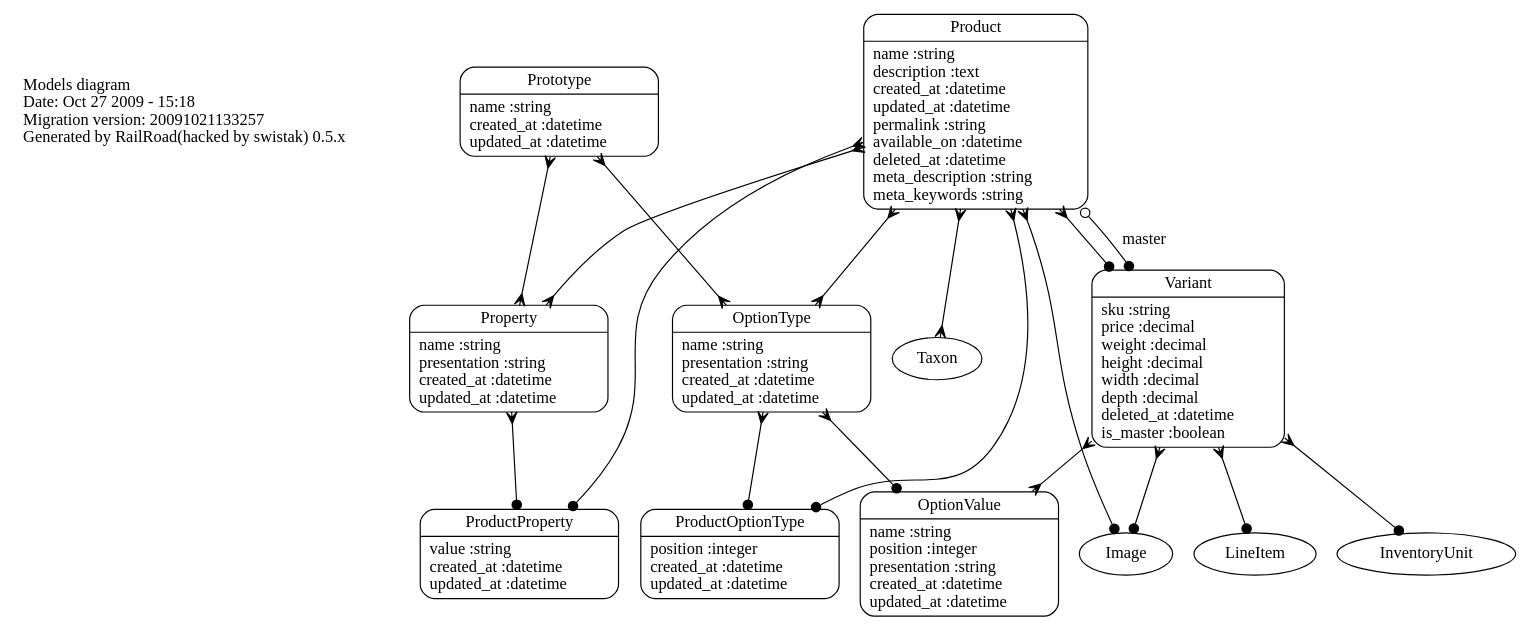
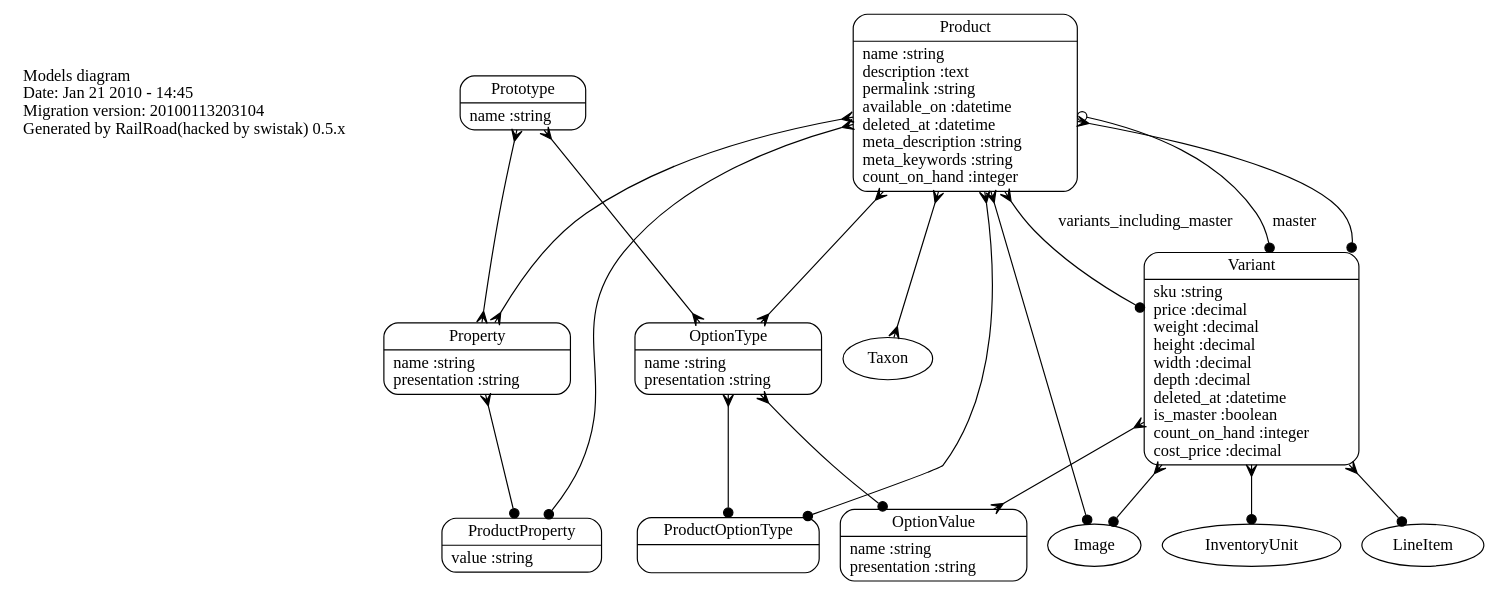
The diagram in files/diagrams/dot/product_options.dot (railsdog/spree-guides), drawn with Graphviz before and after one commit. The commit also changed 16 other files, not shown here.

```diff
--- a/files/diagrams/dot/product_options.dot
+++ b/files/diagrams/dot/product_options.dot
@@ -1,29 +1,30 @@
 digraph models_diagram {
 	graph[overlap=false, splines=true]
-	_diagram_info [shape="plaintext", label="Models diagram\lDate: Oct 27 2009 - 15:18\lMigration version: 20091021133257\lGenerated by RailRoad(hacked by swistak) 0.5.x\l", fontsize=14]
-	"Product" [shape=Mrecord, label="{Product|name :string\ldescription :text\lcreated_at :datetime\lupdated_at :datetime\lpermalink :string\lavailable_on :datetime\ldeleted_at :datetime\lmeta_description :string\lmeta_keywords :string\l}"]
-	"Variant" [shape=Mrecord, label="{Variant|sku :string\lprice :decimal\lweight :decimal\lheight :decimal\lwidth :decimal\ldepth :decimal\ldeleted_at :datetime\lis_master :boolean\l}"]
-	"Prototype" [shape=Mrecord, label="{Prototype|name :string\lcreated_at :datetime\lupdated_at :datetime\l}"]
-	"ProductProperty" [shape=Mrecord, label="{ProductProperty|value :string\lcreated_at :datetime\lupdated_at :datetime\l}"]
-	"Property" [shape=Mrecord, label="{Property|name :string\lpresentation :string\lcreated_at :datetime\lupdated_at :datetime\l}"]
-	"ProductOptionType" [shape=Mrecord, label="{ProductOptionType|position :integer\lcreated_at :datetime\lupdated_at :datetime\l}"]
-	"OptionType" [shape=Mrecord, label="{OptionType|name :string\lpresentation :string\lcreated_at :datetime\lupdated_at :datetime\l}"]
-	"OptionValue" [shape=Mrecord, label="{OptionValue|name :string\lposition :integer\lpresentation :string\lcreated_at :datetime\lupdated_at :datetime\l}"]
+	_diagram_info [shape="plaintext", label="Models diagram\lDate: Jan 21 2010 - 14:45\lMigration version: 20100113203104\lGenerated by RailRoad(hacked by swistak) 0.5.x\l", fontsize=14]
+	"Product" [shape=Mrecord, label="{Product|name :string\ldescription :text\lpermalink :string\lavailable_on :datetime\ldeleted_at :datetime\lmeta_description :string\lmeta_keywords :string\lcount_on_hand :integer\l}"]
+	"Variant" [shape=Mrecord, label="{Variant|sku :string\lprice :decimal\lweight :decimal\lheight :decimal\lwidth :decimal\ldepth :decimal\ldeleted_at :datetime\lis_master :boolean\lcount_on_hand :integer\lcost_price :decimal\l}"]
+	"Prototype" [shape=Mrecord, label="{Prototype|name :string\l}"]
+	"ProductProperty" [shape=Mrecord, label="{ProductProperty|value :string\l}"]
+	"Property" [shape=Mrecord, label="{Property|name :string\lpresentation :string\l}"]
+	"ProductOptionType" [shape=Mrecord, label="{ProductOptionType|\l}"]
+	"OptionType" [shape=Mrecord, label="{OptionType|name :string\lpresentation :string\l}"]
+	"OptionValue" [shape=Mrecord, label="{OptionValue|name :string\lpresentation :string\l}"]
+	"Product" -> "OptionType" [arrowtail=crow, arrowhead=crow, dir=both]
 	"Product" -> "Variant" [arrowtail=crow, arrowhead=dot, dir=both]
-	"Product" -> "OptionType" [arrowtail=crow, arrowhead=crow, dir=both]
-	"Product" -> "ProductOptionType" [arrowtail=crow, arrowhead=dot, dir=both]
-	"Product" -> "Taxon" [arrowtail=crow, arrowhead=crow, dir=both]
+	"Product" -> "Variant" [label="variants_including_master", arrowtail=crow, arrowhead=dot, dir=both]
 	"Product" -> "Variant" [label="master", arrowtail=odot, arrowhead=dot, dir=both]
 	"Product" -> "Property" [arrowtail=crow, arrowhead=crow, dir=both]
+	"Product" -> "Taxon" [arrowtail=crow, arrowhead=crow, dir=both]
 	"Product" -> "Image" [arrowtail=crow, arrowhead=dot, dir=both]
 	"Product" -> "ProductProperty" [arrowtail=crow, arrowhead=dot, dir=both]
+	"Product" -> "ProductOptionType" [arrowtail=crow, arrowhead=dot, dir=both]
+	"Variant" -> "InventoryUnit" [arrowtail=crow, arrowhead=dot, dir=both]
 	"Variant" -> "OptionValue" [arrowtail=crow, arrowhead=crow, dir=both]
+	"Variant" -> "Image" [arrowtail=crow, arrowhead=dot, dir=both]
 	"Variant" -> "LineItem" [arrowtail=crow, arrowhead=dot, dir=both]
-	"Variant" -> "InventoryUnit" [arrowtail=crow, arrowhead=dot, dir=both]
-	"Variant" -> "Image" [arrowtail=crow, arrowhead=dot, dir=both]
 	"Prototype" -> "OptionType" [arrowtail=crow, arrowhead=crow, dir=both]
 	"Prototype" -> "Property" [arrowtail=crow, arrowhead=crow, dir=both]
 	"Property" -> "ProductProperty" [arrowtail=crow, arrowhead=dot, dir=both]
 	"OptionType" -> "OptionValue" [arrowtail=crow, arrowhead=dot, dir=both]
 	"OptionType" -> "ProductOptionType" [arrowtail=crow, arrowhead=dot, dir=both]
 }
```
